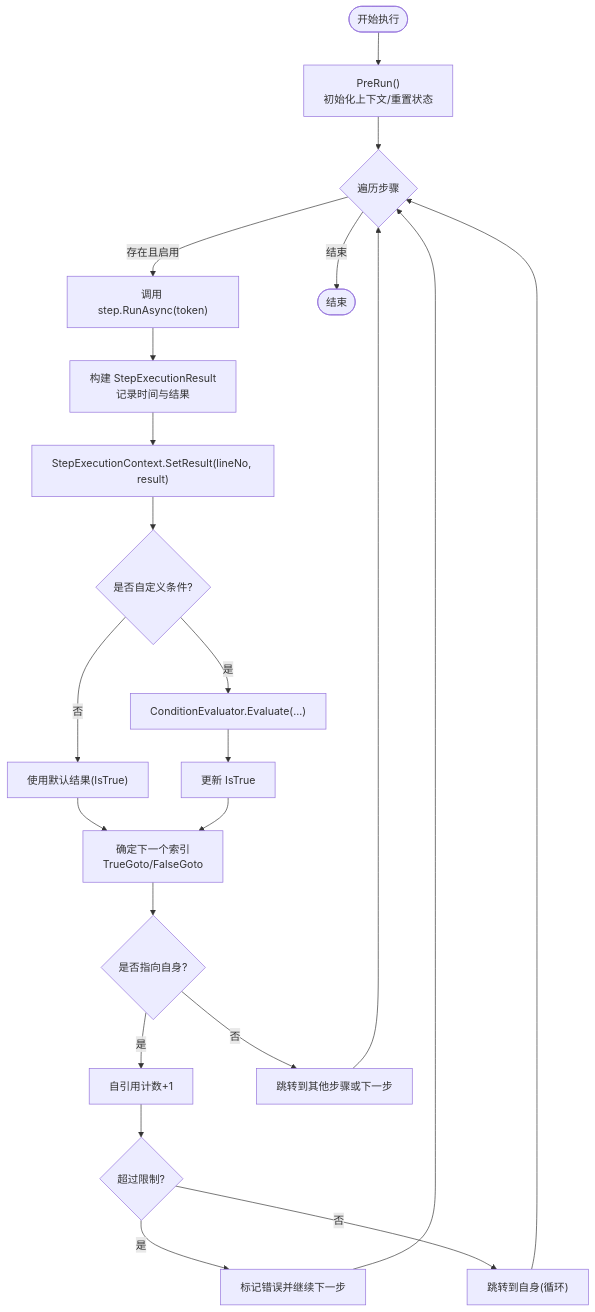
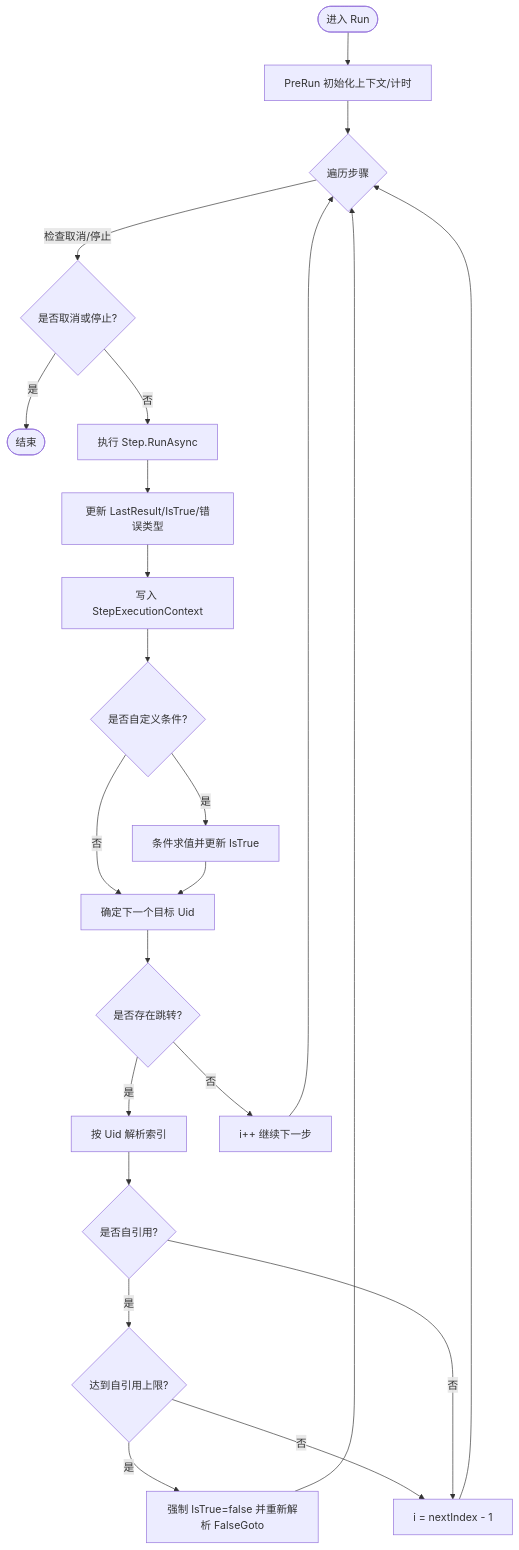
The sixth of 8 diagrams in .qoder/repowiki/zh/content/架构设计/架构设计.md (yooxii/ShaoLuAuto), drawn with Mermaid before and after one commit. The commit also changed other lines of this file and 213 other files, not shown here.

````diff
--- a/.qoder/repowiki/zh/content/架构设计/架构设计.md
+++ b/.qoder/repowiki/zh/content/架构设计/架构设计.md
@@ -273,24 +316,26 @@
 ```mermaid
 flowchart TD
-Start(["开始执行"]) --> PreRun["PreRun()<br/>初始化上下文/重置状态"]
+Start(["进入 Run"]) --> PreRun["PreRun 初始化上下文/计时"]
 PreRun --> Loop{"遍历步骤"}
-Loop --> |存在且启用| Exec["调用 step.RunAsync(token)"]
-Exec --> BuildResult["构建 StepExecutionResult<br/>记录时间与结果"]
-BuildResult --> CtxSet["StepExecutionContext.SetResult(lineNo, result)"]
-CtxSet --> CondMode{"是否自定义条件?"}
-CondMode --> |是| Eval["ConditionEvaluator.Evaluate(...)"]
-CondMode --> |否| UseDefault["使用默认结果(IsTrue)"]
-Eval --> UpdateIsTrue["更新 IsTrue"]
-UseDefault --> NextCheck
-UpdateIsTrue --> NextCheck["确定下一个索引<br/>TrueGoto/FalseGoto"]
-NextCheck --> SelfRef{"是否指向自身?"}
-SelfRef --> |是| IncCount["自引用计数+1"]
-IncCount --> Limit{"超过限制?"}
-Limit --> |是| ErrorLimit["标记错误并继续下一步"]
-Limit --> |否| JumpSelf["跳转到自身(循环)"]
-SelfRef --> |否| JumpOther["跳转到其他步骤或下一步"]
-JumpSelf --> Loop
-JumpOther --> Loop
-ErrorLimit --> Loop
-Loop --> |结束| Finish(["结束"])
+Loop --> |检查取消/停止| CheckCancel{"是否取消或停止?"}
+CheckCancel --> |是| End(["结束"])
+CheckCancel --> |否| ExecStep["执行 Step.RunAsync"]
+ExecStep --> UpdateResult["更新 LastResult/IsTrue/错误类型"]
+UpdateResult --> SaveCtx["写入 StepExecutionContext"]
+SaveCtx --> EvalCond{"是否自定义条件?"}
+EvalCond --> |是| CondEval["条件求值并更新 IsTrue"]
+EvalCond --> |否| NextCheck
+CondEval --> NextCheck["确定下一个目标 Uid"]
+NextCheck --> Jump{"是否存在跳转?"}
+Jump --> |是| ResolveIdx["按 Uid 解析索引"]
+ResolveIdx --> SelfRef{"是否自引用?"}
+SelfRef --> |是| LimitCheck{"达到自引用上限?"}
+LimitCheck --> |是| ForceFalse["强制 IsTrue=false 并重新解析 FalseGoto"]
+LimitCheck --> |否| BackTrack["i = nextIndex - 1"]
+SelfRef --> |否| BackTrack
+Jump --> |否| NextIter["i++ 继续下一步"]
+BackTrack --> Loop
+ForceFalse --> Loop
+NextIter --> Loop
+End([结束])
 ```
````
